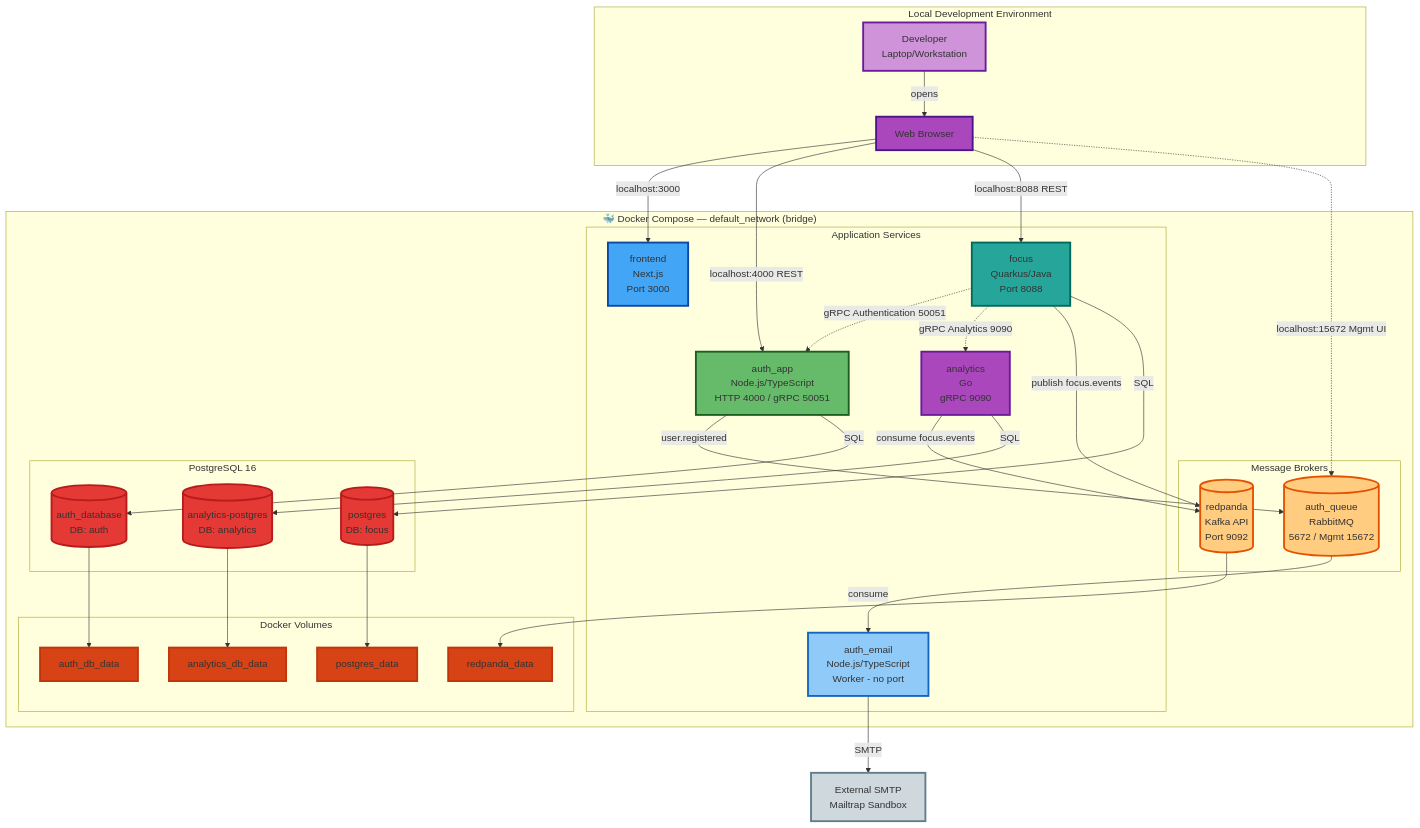
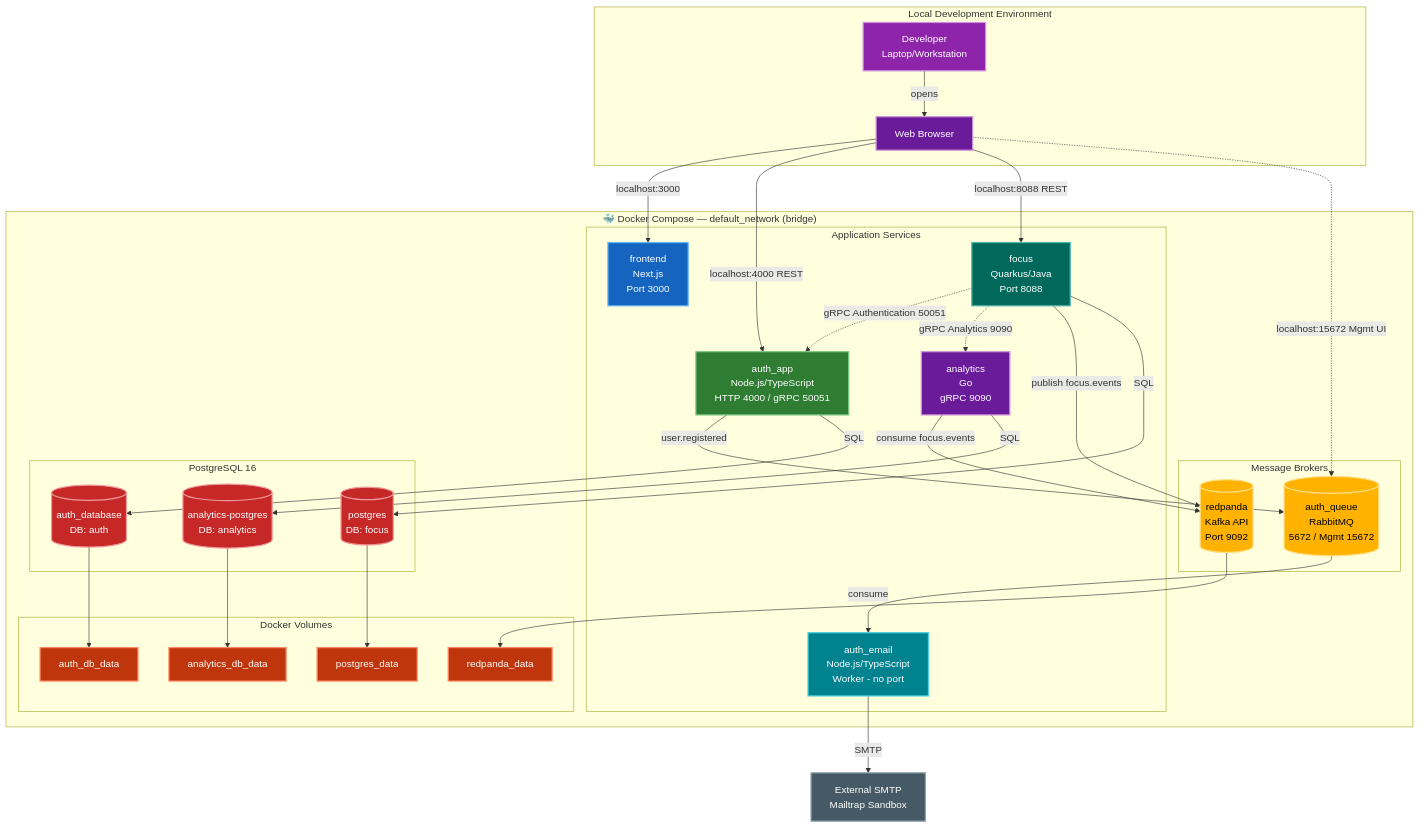
Before and after one commit to CloudNativeDevelopmentTeamH/infra: the second of 2 diagrams in architecture.md, drawn with Mermaid. The commit also changed other lines of this file and 1 other file, not shown here.

Commit message:
refine docs

````diff
--- a/architecture.md
+++ b/architecture.md
@@ -194,21 +194,21 @@
     LocalAnalyticsDB --> AnalyticsData
     LocalRedpanda --> RedpandaData
 
-    style Dev fill:#ce93d8,stroke:#6a1b9a,stroke-width:3px
-    style Browser fill:#ab47bc,stroke:#4a148c,stroke-width:3px
-    style LocalFrontend fill:#42a5f5,stroke:#0d47a1,stroke-width:3px
-    style LocalAuth fill:#66bb6a,stroke:#1b5e20,stroke-width:3px
-    style LocalFocus fill:#26a69a,stroke:#00695c,stroke-width:3px
-    style LocalEmail fill:#90caf9,stroke:#1565c0,stroke-width:3px
-    style LocalAnalytics fill:#ab47bc,stroke:#6a1b9a,stroke-width:3px
-    style LocalAuthDB fill:#e53935,stroke:#b71c1c,stroke-width:3px
-    style LocalFocusDB fill:#e53935,stroke:#b71c1c,stroke-width:3px
-    style LocalAnalyticsDB fill:#e53935,stroke:#b71c1c,stroke-width:3px
-    style LocalRabbitMQ fill:#ffcc80,stroke:#e65100,stroke-width:3px
-    style LocalRedpanda fill:#ffcc80,stroke:#e65100,stroke-width:3px
-    style ExternalSMTP fill:#cfd8dc,stroke:#607d8b,stroke-width:3px
-    style AuthData fill:#d84315,stroke:#bf360c,stroke-width:3px
-    style FocusData fill:#d84315,stroke:#bf360c,stroke-width:3px
-    style AnalyticsData fill:#d84315,stroke:#bf360c,stroke-width:3px
-    style RedpandaData fill:#d84315,stroke:#bf360c,stroke-width:3px
+    style Dev fill:#8e24aa,stroke:#ce93d8,stroke-width:2px,color:#fff
+    style Browser fill:#6a1b9a,stroke:#ce93d8,stroke-width:2px,color:#fff
+    style LocalFrontend fill:#1565c0,stroke:#64b5f6,stroke-width:2px,color:#fff
+    style LocalAuth fill:#2e7d32,stroke:#81c784,stroke-width:2px,color:#fff
+    style LocalFocus fill:#00695c,stroke:#4db6ac,stroke-width:2px,color:#fff
+    style LocalEmail fill:#00838f,stroke:#4dd0e1,stroke-width:2px,color:#fff
+    style LocalAnalytics fill:#6a1b9a,stroke:#ce93d8,stroke-width:2px,color:#fff
+    style LocalAuthDB fill:#c62828,stroke:#ef9a9a,stroke-width:2px,color:#fff
+    style LocalFocusDB fill:#c62828,stroke:#ef9a9a,stroke-width:2px,color:#fff
+    style LocalAnalyticsDB fill:#c62828,stroke:#ef9a9a,stroke-width:2px,color:#fff
+    style LocalRabbitMQ fill:#ffb300,stroke:#ffe082,stroke-width:2px,color:#000
+    style LocalRedpanda fill:#ffb300,stroke:#ffe082,stroke-width:2px,color:#000
+    style ExternalSMTP fill:#455a64,stroke:#90a4ae,stroke-width:2px,color:#fff
+    style AuthData fill:#bf360c,stroke:#ff8a65,stroke-width:2px,color:#fff
+    style FocusData fill:#bf360c,stroke:#ff8a65,stroke-width:2px,color:#fff
+    style AnalyticsData fill:#bf360c,stroke:#ff8a65,stroke-width:2px,color:#fff
+    style RedpandaData fill:#bf360c,stroke:#ff8a65,stroke-width:2px,color:#fff
 ```
````
